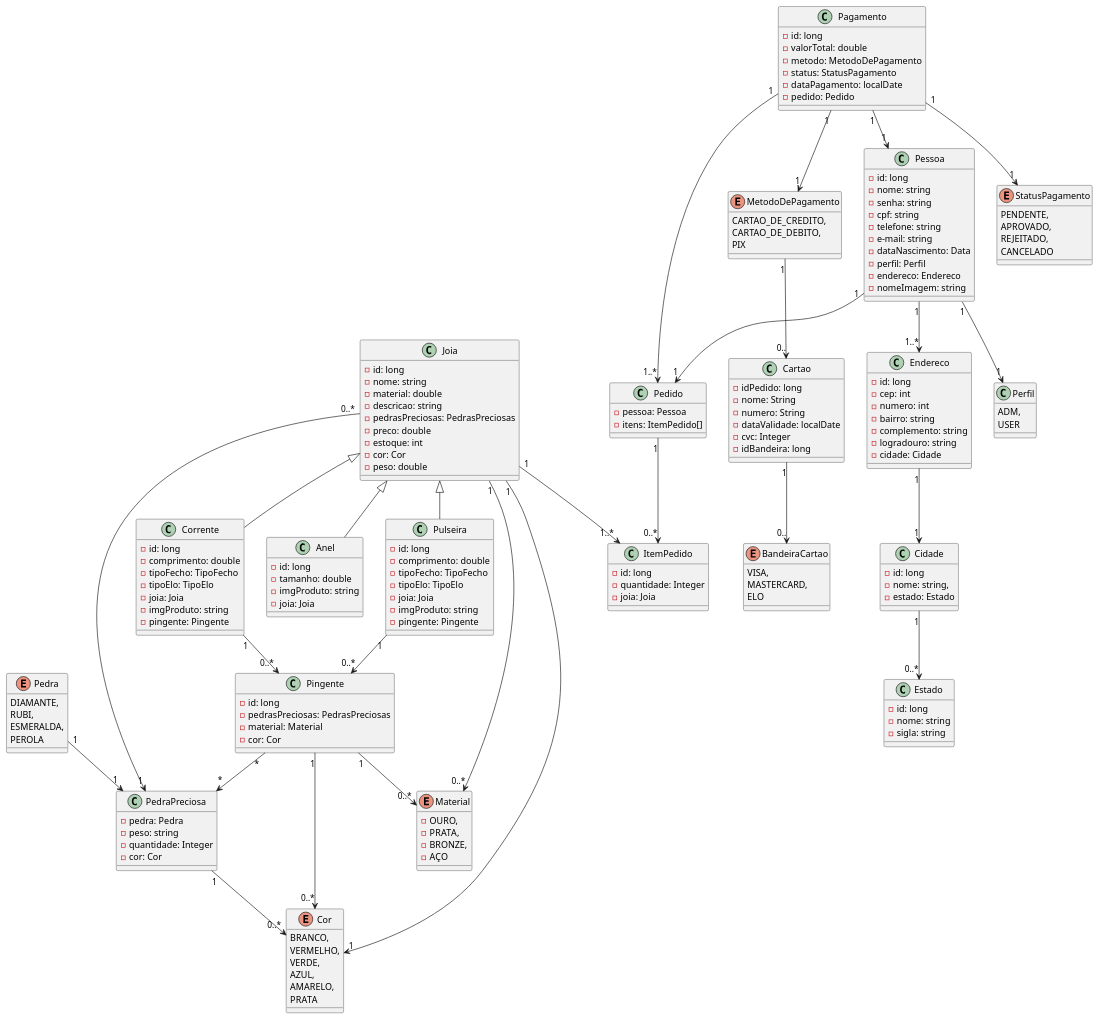
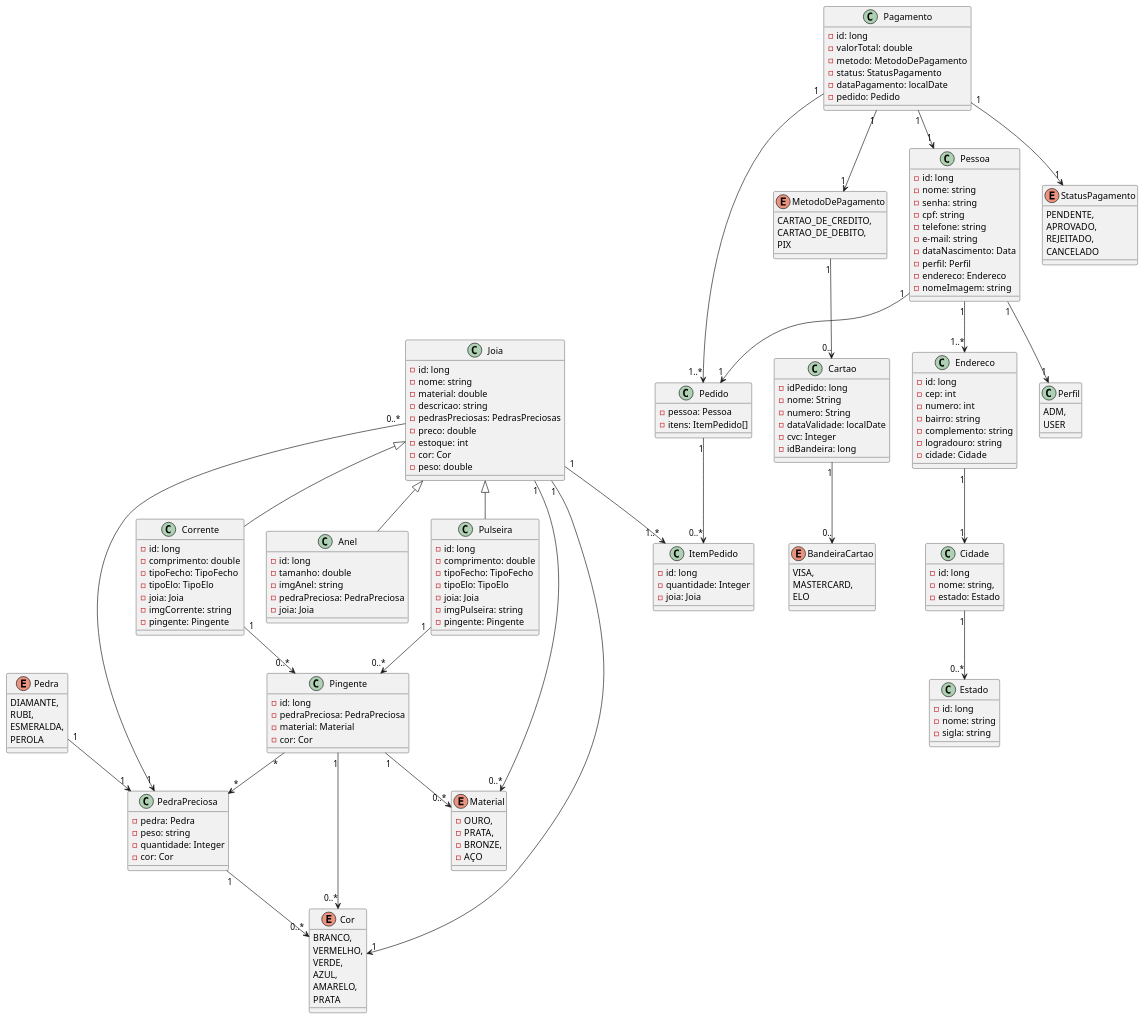
One commit to ThiagoShowza/back-end-topicos2 changed the diagram in src/main/resources/docs/diagrama.plantuml. Above: the diagram before and after it, drawn with PlantUML. The commit also changed 10 other files, not shown here.

```diff
--- a/src/main/resources/docs/diagrama.plantuml
+++ b/src/main/resources/docs/diagrama.plantuml
@@ -18,7 +18,7 @@
     - tipoFecho: TipoFecho
     - tipoElo: TipoElo
     - joia: Joia
-    - imgProduto: string
+    - imgPulseira: string
     - pingente: Pingente
 }
 
@@ -28,20 +28,21 @@
     - tipoFecho: TipoFecho
     - tipoElo: TipoElo
     - joia: Joia
-    - imgProduto: string
+    - imgCorrente: string
     - pingente: Pingente
 }
 
 class Anel {
     - id: long
     - tamanho: double
-    - imgProduto: string
+    - imgAnel: string
+    - pedraPreciosa: PedraPreciosa
     - joia: Joia
 }
 
 class Pingente {
     - id: long
-    - pedrasPreciosas: PedrasPreciosas
+    - pedraPreciosa: PedraPreciosa
     - material: Material
     - cor: Cor
 }
```
